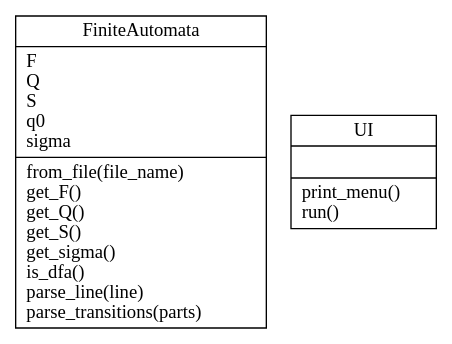
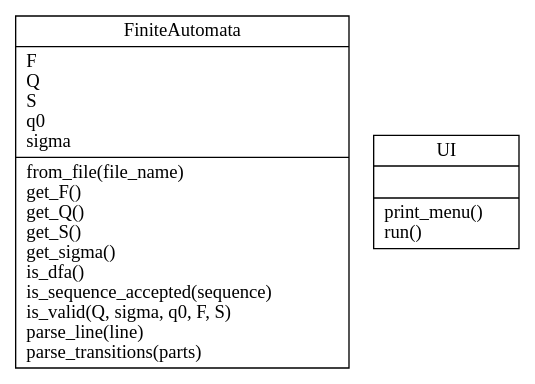
The diagram in Lab4/classes.dot (adrian-popa/flcd), drawn with Graphviz before and after one commit. The commit also changed 11 other files, not shown here.

```diff
--- a/Lab4/classes.dot
+++ b/Lab4/classes.dot
@@ -1,6 +1,6 @@
 digraph "classes" {
 charset="utf-8"
 rankdir=BT
-"0" [label="{FiniteAutomata|F\lQ\lS\lq0\lsigma\l|from_file(file_name)\lget_F()\lget_Q()\lget_S()\lget_sigma()\lis_dfa()\lparse_line(line)\lparse_transitions(parts)\l}", shape="record"];
+"0" [label="{FiniteAutomata|F\lQ\lS\lq0\lsigma\l|from_file(file_name)\lget_F()\lget_Q()\lget_S()\lget_sigma()\lis_dfa()\lis_sequence_accepted(sequence)\lis_valid(Q, sigma, q0, F, S)\lparse_line(line)\lparse_transitions(parts)\l}", shape="record"];
 "1" [label="{UI|\l|print_menu()\lrun()\l}", shape="record"];
 }
```
